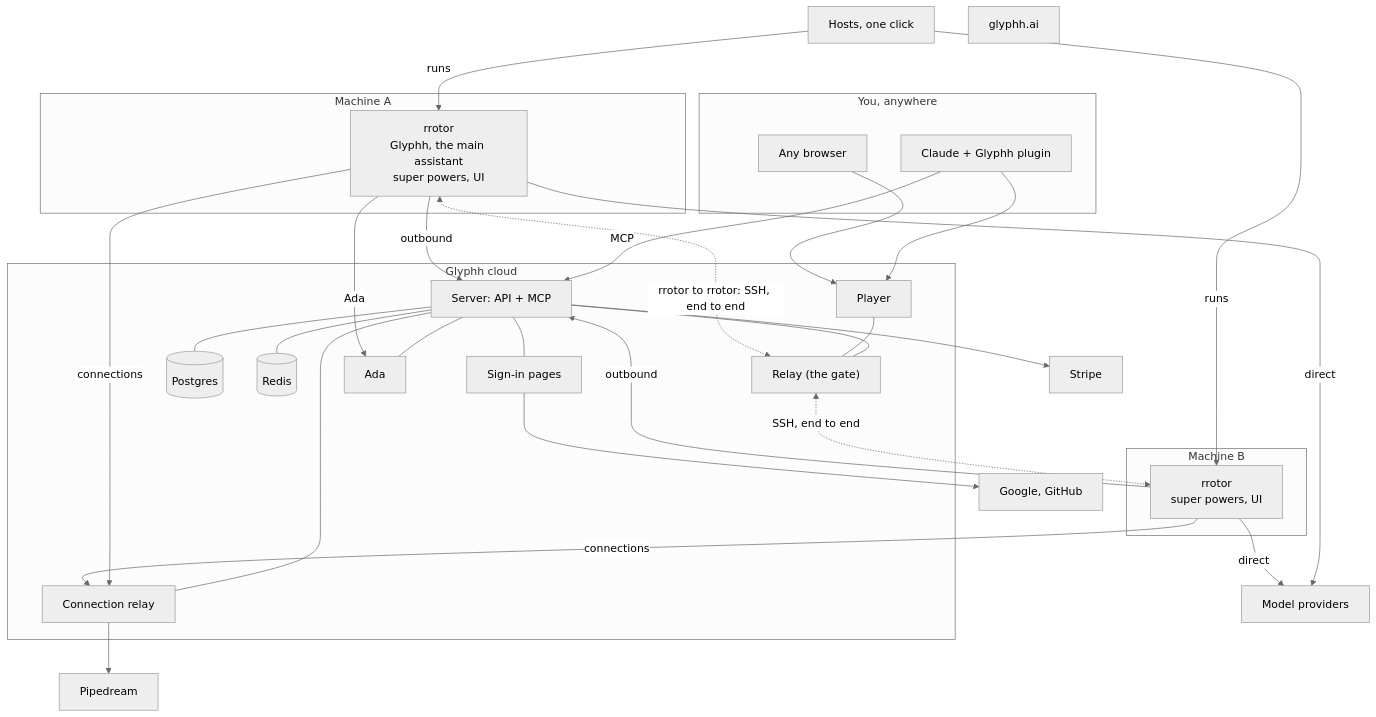
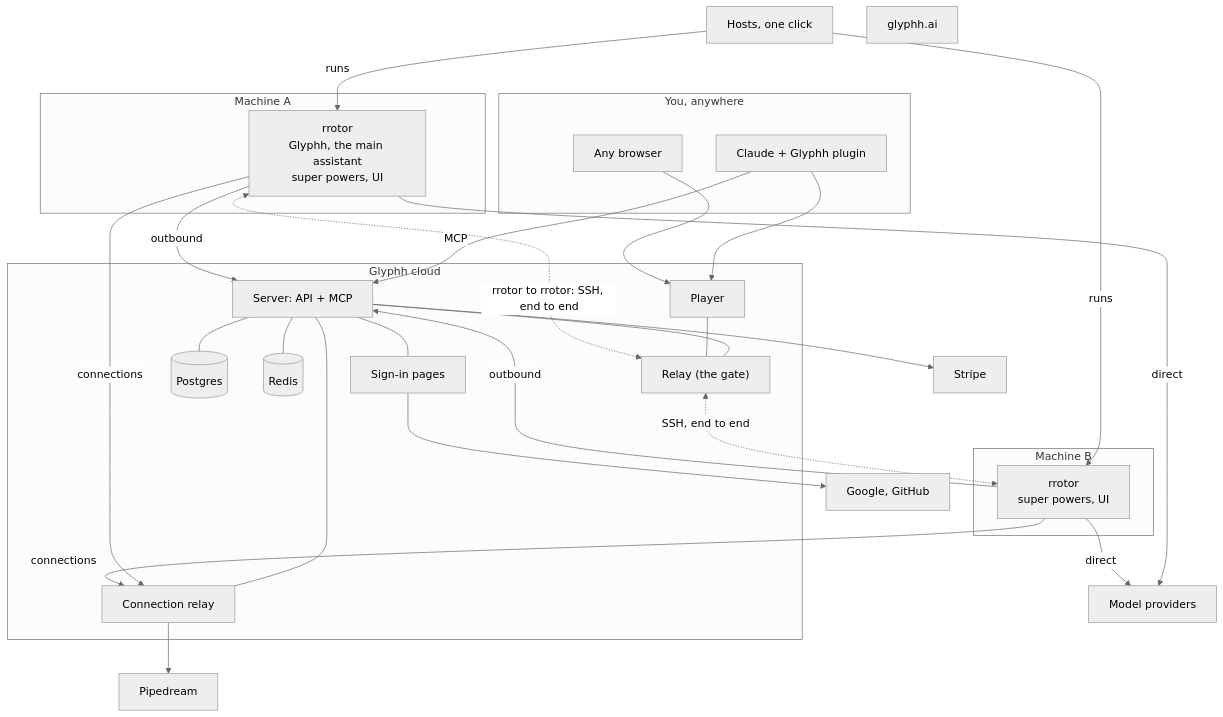
The diagram in docs/architecture.md (glyphh-ai/server), drawn with Mermaid (neutral theme) before and after one commit. The commit also changed other lines of this file and 4 other files, not shown here.

````diff
--- a/docs/architecture.md
+++ b/docs/architecture.md
@@ -3,58 +3,55 @@
 ```mermaid
 flowchart TB
     subgraph You["You, anywhere"]
         Claude["Claude + Glyphh plugin"]
         Browser["Any browser"]
     end
 
     subgraph Cloud["Glyphh cloud"]
         Pages["Sign-in pages"]
         Player["Player"]
         Server["Server: API + MCP"]
         DB[("Postgres")]
         Live[("Redis")]
         Relay["Relay (the gate)"]
         ConnRelay["Connection relay"]
-        Ada["Ada"]
         Server --- DB
         Server --- Live
         Server --- Relay
         Server --- ConnRelay
-        Server --- Ada
         Server --- Pages
         Player --- Relay
     end
 
     subgraph A["Machine A"]
         RA["rrotor<br/>Glyphh, the main assistant<br/>super powers, UI"]
     end
 
     subgraph B["Machine B"]
         RB["rrotor<br/>super powers, UI"]
     end
 
     Providers["Model providers"]
     Pipedream["Pipedream"]
     Hosts["Hosts, one click"]
     Stripe["Stripe"]
     SignIn["Google, GitHub"]
     Site["glyphh.ai"]
 
     Claude -- "MCP" --> Server
     Claude --> Player
     Browser --> Player
     RA <-. "rrotor to rrotor: SSH, end to end" .-> Relay
     Relay <-. "SSH, end to end" .-> RB
     RA -- "outbound" --> Server
     RB -- "outbound" --> Server
     RA -- "direct" --> Providers
     RB -- "direct" --> Providers
     RA -- "connections" --> ConnRelay
     RB -- "connections" --> ConnRelay
-    RA -- "Ada" --> Ada
     ConnRelay --> Pipedream
     Hosts -- "runs" --> RA
     Hosts -- "runs" --> RB
     Pages --> SignIn
     Server --> Stripe
 ```
````
